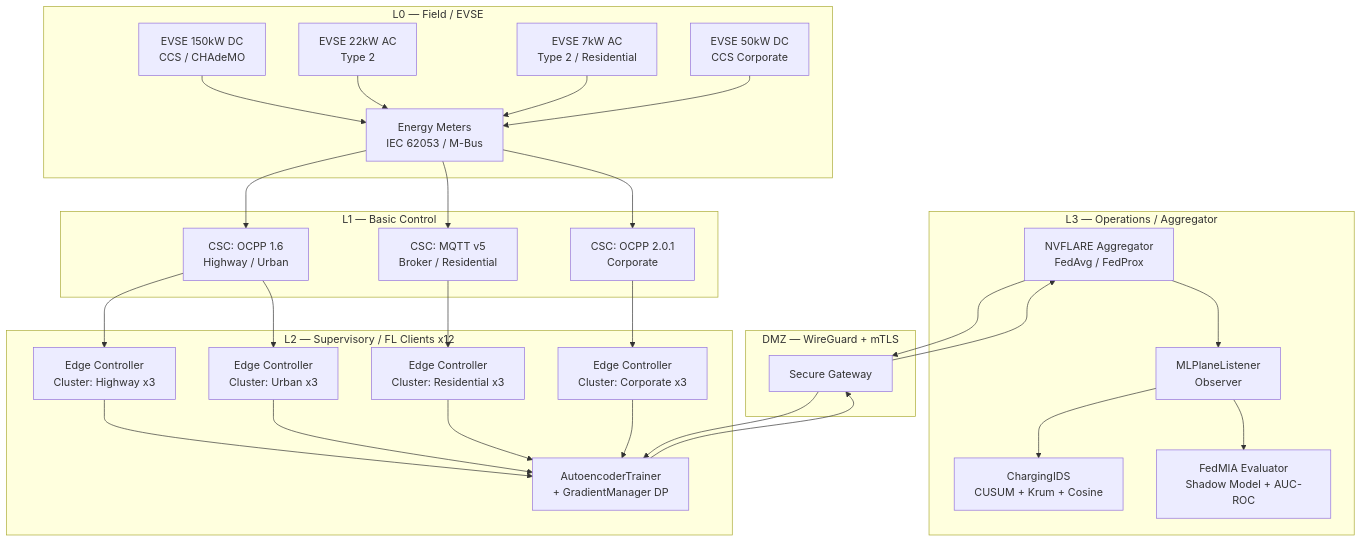
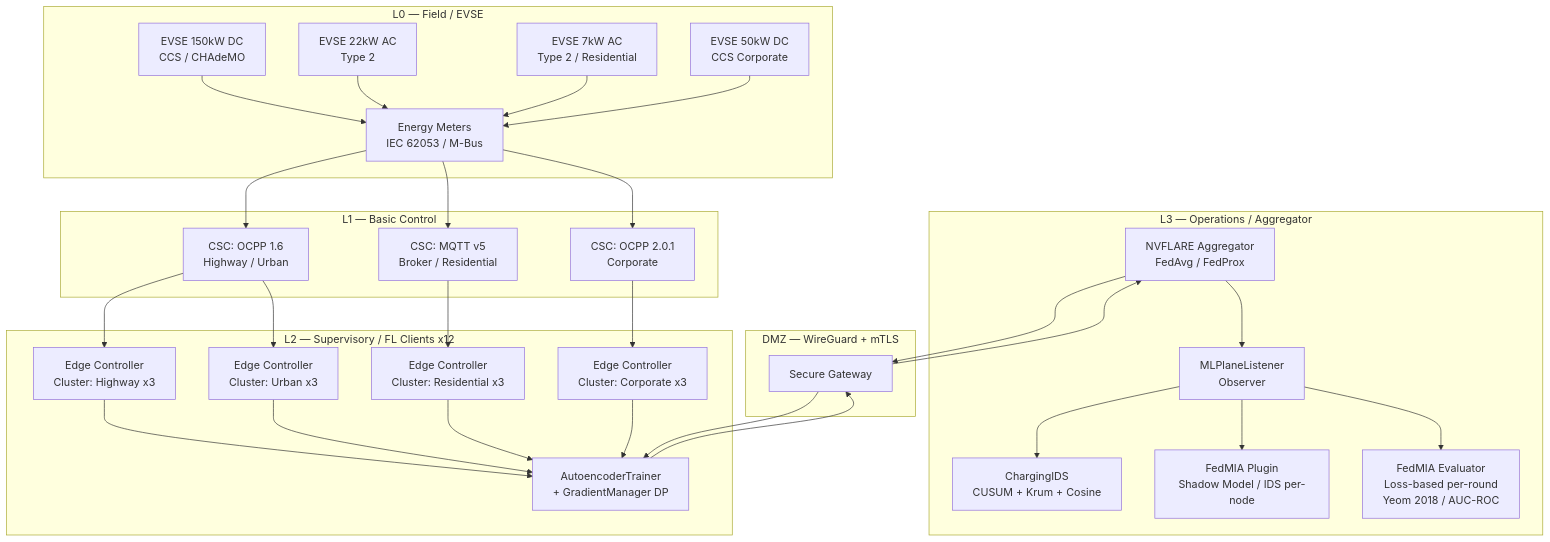
One commit to susetta85/ChargeShield-FL changed the first of 3 diagrams in docs/Architecture.md. Above: the diagram before and after it, drawn with Mermaid. The commit also changed other lines of this file and 7 other files, not shown here.

First line of the commit message:
docs: aggiornamento completo documentazione post-refactoring FedMIA/PrivacyAuditor

````diff
--- a/docs/Architecture.md
+++ b/docs/Architecture.md
@@ -122,49 +122,51 @@
 ```mermaid
 graph TB
     subgraph L3["L3 — Operations / Aggregator"]
         AGG[NVFLARE Aggregator<br/>FedAvg / FedProx]
         IDS[ChargingIDS<br/>CUSUM + Krum + Cosine]
-        MIA[FedMIA Evaluator<br/>Shadow Model + AUC-ROC]
+        MIA[FedMIA Plugin<br/>Shadow Model / IDS per-node]
+        MIAX[FedMIA Evaluator<br/>Loss-based per-round<br/>Yeom 2018 / AUC-ROC]
         ML3[MLPlaneListener<br/>Observer]
     end
 
     subgraph DMZ["DMZ — WireGuard + mTLS"]
         GW[Secure Gateway]
     end
 
     subgraph L2["L2 — Supervisory / FL Clients x12"]
         EC1[Edge Controller<br/>Cluster: Highway x3]
         EC2[Edge Controller<br/>Cluster: Urban x3]
         EC3[Edge Controller<br/>Cluster: Residential x3]
         EC4[Edge Controller<br/>Cluster: Corporate x3]
         TR[AutoencoderTrainer<br/>+ GradientManager DP]
     end
 
     subgraph L1["L1 — Basic Control"]
         CSC1[CSC: OCPP 1.6<br/>Highway / Urban]
         CSC2[CSC: OCPP 2.0.1<br/>Corporate]
         CSC3[CSC: MQTT v5<br/>Broker / Residential]
     end
 
     subgraph L0["L0 — Field / EVSE"]
         EV1[EVSE 150kW DC<br/>CCS / CHAdeMO]
         EV2[EVSE 22kW AC<br/>Type 2]
         EV3[EVSE 7kW AC<br/>Type 2 / Residential]
         EV4[EVSE 50kW DC<br/>CCS Corporate]
         EM[Energy Meters<br/>IEC 62053 / M-Bus]
     end
 
     EV1 & EV2 & EV3 & EV4 --> EM
     EM --> CSC1 & CSC2 & CSC3
     CSC1 --> EC1 & EC2
     CSC2 --> EC4
     CSC3 --> EC3
     EC1 & EC2 & EC3 & EC4 --> TR
     TR --> GW
     GW --> AGG
     AGG --> GW
     GW --> TR
     AGG --> ML3
     ML3 --> IDS
     ML3 --> MIA
+    ML3 --> MIAX
 ```
````
